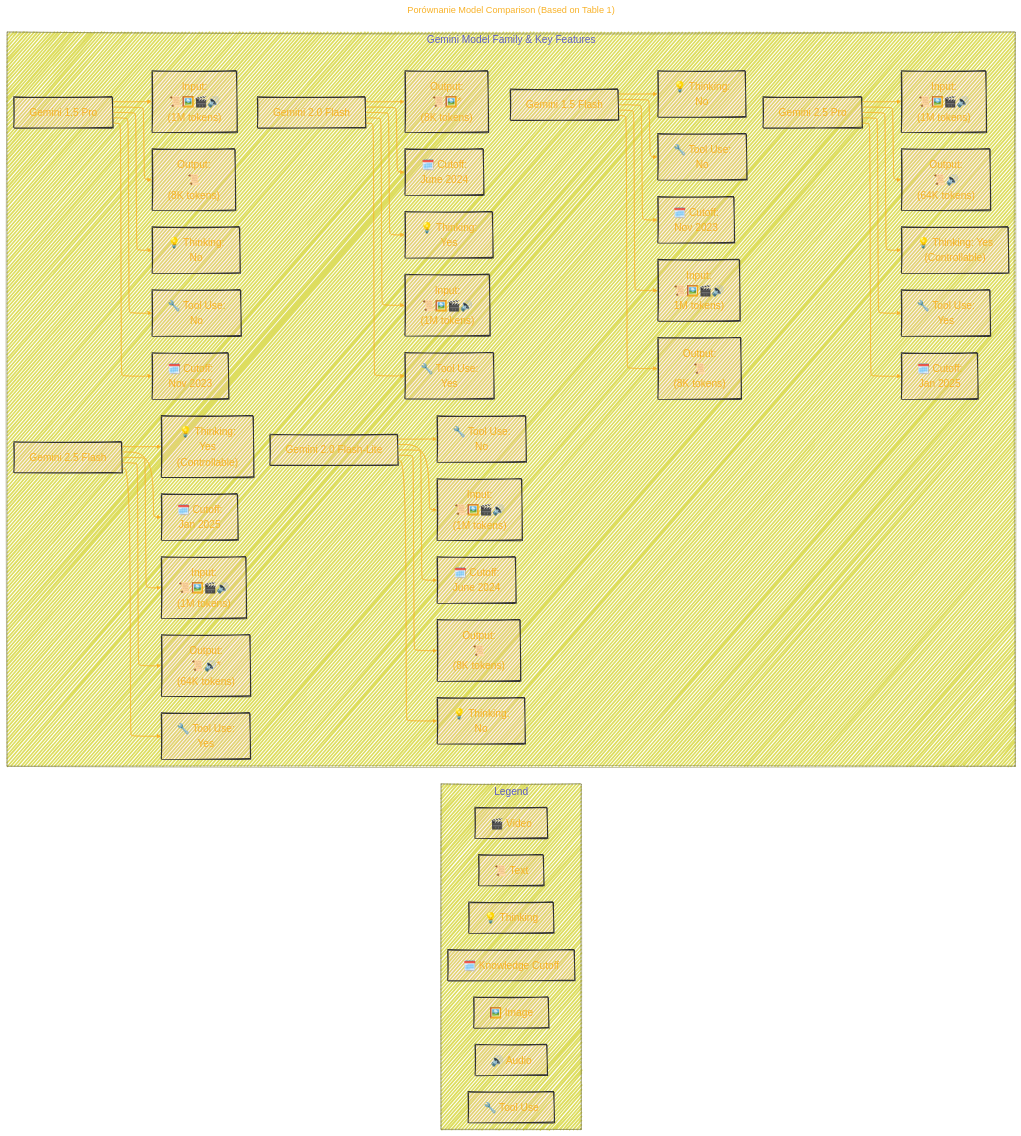
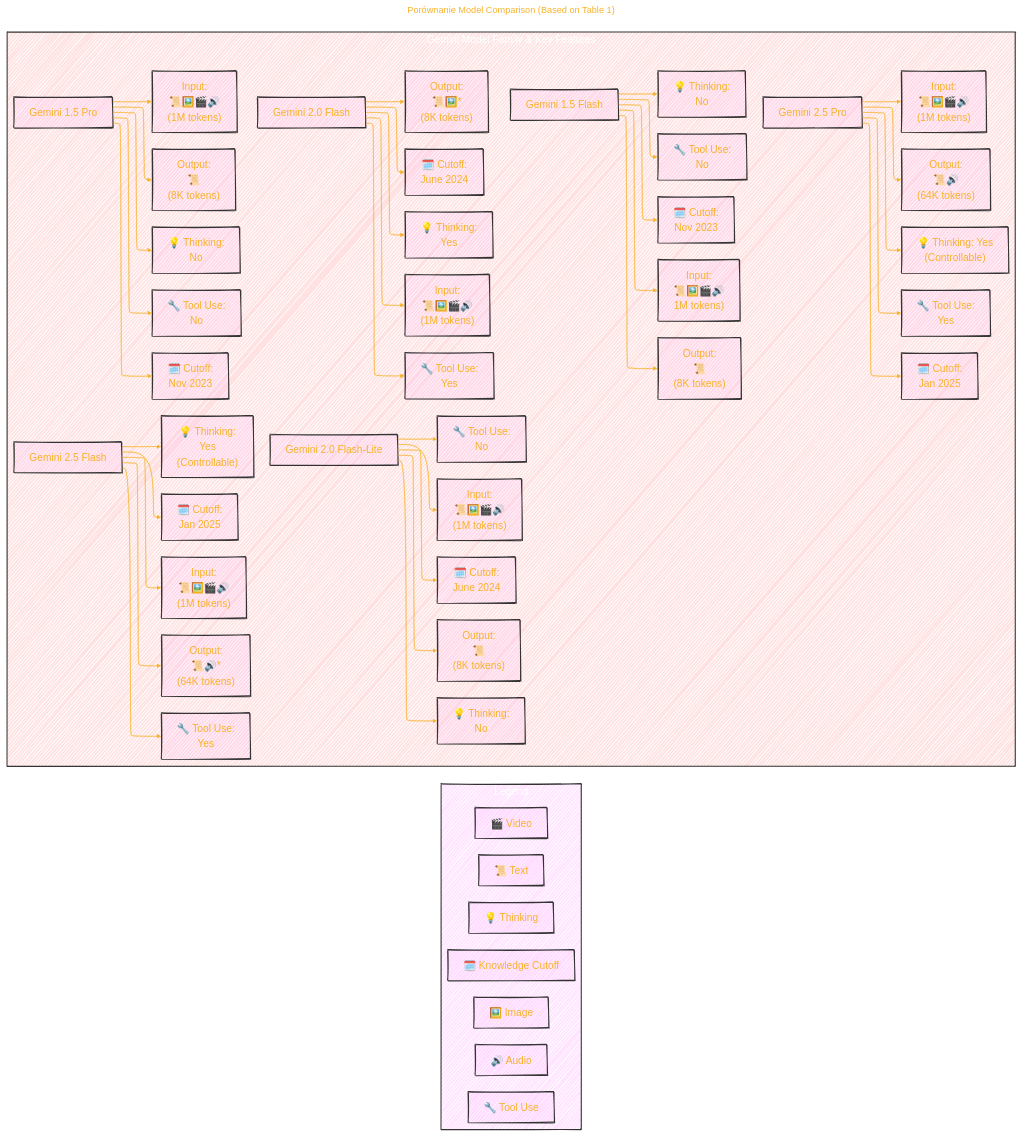
Before and after one commit to CongLeSolutionX/Synthetic-Zooniverse: the first of 11 diagrams in GOOGLE/GEMINI_FAMILY/gemini_v2_5_report.md, drawn with Mermaid.

Commit message:
update notes

````diff
--- a/GOOGLE/GEMINI_FAMILY/gemini_v2_5_report.md
+++ b/GOOGLE/GEMINI_FAMILY/gemini_v2_5_report.md
@@ -124,6 +124,7 @@
 }%%
 flowchart LR
     subgraph Legend["Legend"]
+    style Legend fill:#f3f2,stroke:#333,stroke-width:2px, color: #FFFF
         L1["📜 Text"]
         L2["🖼️ Image"]
         L3["🎬 Video"]
@@ -134,6 +135,7 @@
     end
 
     subgraph Gemini_Family["Gemini Model Family & Key Features"]
+    style Gemini_Family fill:#f222,stroke:#333,stroke-width:2px, color: #FFFF
     direction LR
         G1_5F["Gemini 1.5 Flash"] --> F1_5F1["Input:<br/>📜🖼️🎬🔊<br/>1M tokens)"]
         G1_5F --> F1_5F2["Output:<br/>📜<br/>(8K tokens)"]
@@ -171,5 +173,5 @@
         G2_5P --> F2_5P4["🔧 Tool Use:<br/>Yes"]
         G2_5P --> F2_5P5["🗓️ Cutoff:<br/>Jan 2025"]
     end
-    classDef default fill:#f9f2,stroke:#333,stroke-width:2px;
+    classDef default fill:#f9f2,stroke:#333,stroke-width:2px
 ```
````
